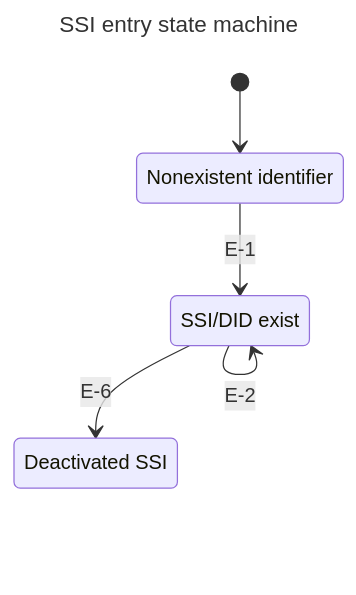
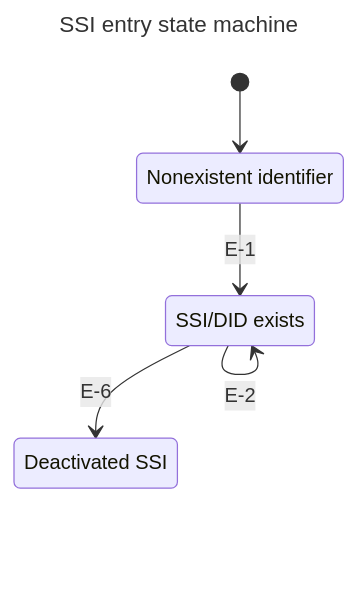
The first of 11 diagrams in prism-vdr-specification.md (hyperledger-identus/prism-vdr-driver), drawn with Mermaid before and after one commit. The commit also changed other lines of this file, not shown here.

````diff
--- a/prism-vdr-specification.md
+++ b/prism-vdr-specification.md
@@ -90,13 +90,13 @@
 ```mermaid
 ---
 title: SSI entry state machine
 ---
 stateDiagram-v2
     Nonexistent: Nonexistent identifier
-    Active: SSI/DID exist
+    Active: SSI/DID exists
     Deactivated: Deactivated SSI
     [*] --> Nonexistent
     Nonexistent --> Active: E-1
     Active --> Active: E-2
     Active --> Deactivated: E-6
 ```
````
